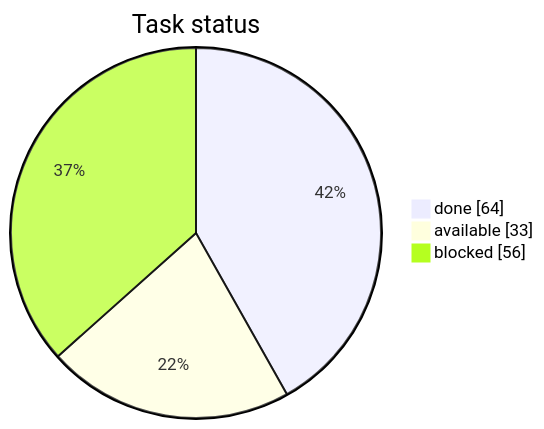
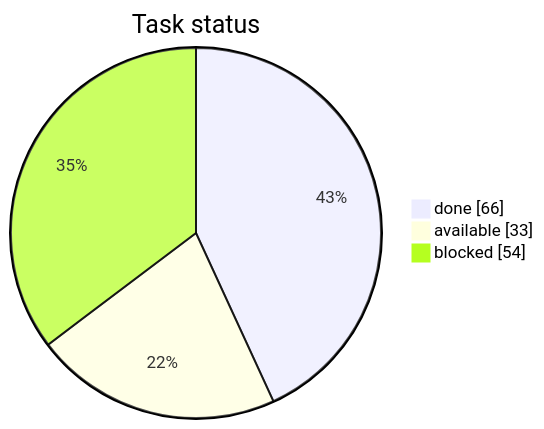
Before and after one commit to artemiiShabanov/RallyRivals: the first of 3 diagrams in STATUS.md, drawn with Mermaid. The commit also changed other lines of this file and 7 other files, not shown here.

````diff
--- a/STATUS.md
+++ b/STATUS.md
@@ -7,7 +7,7 @@
 ```mermaid
 pie showData
     title Task status
-    "done" : 64
+    "done" : 66
     "available" : 33
-    "blocked" : 56
+    "blocked" : 54
 ```
````
